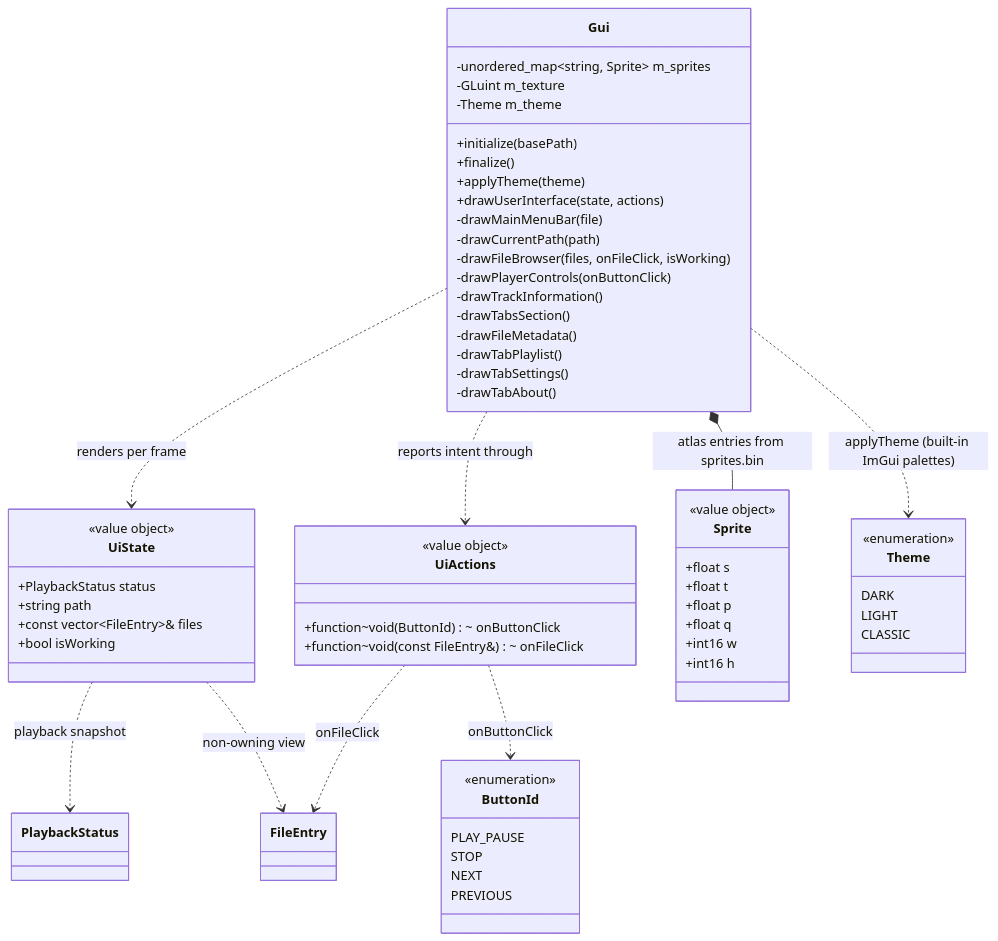
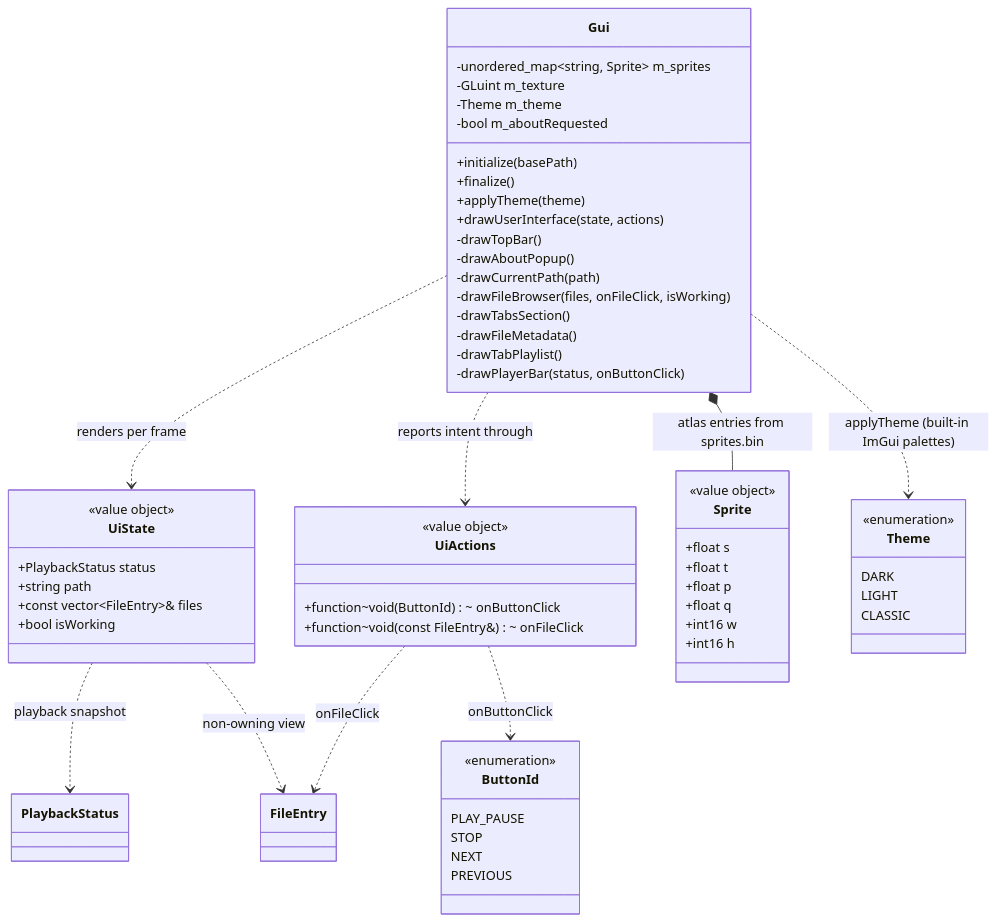
Before and after one commit to notnotme/osp2: the diagram in docs/ui.md, drawn with Mermaid. The commit also changed other lines of this file and 6 other files, not shown here.

First line of the commit message:
feat: restructure UI into top bar, panes and player bar (TODO_3 chunk 3c)

````diff
--- a/docs/ui.md
+++ b/docs/ui.md
@@ -5,70 +5,69 @@
 ```mermaid
 classDiagram
     class Gui {
         -unordered_map~string, Sprite~ m_sprites
         -GLuint m_texture
         -Theme m_theme
+        -bool m_aboutRequested
         +initialize(basePath)
         +finalize()
         +applyTheme(theme)
         +drawUserInterface(state, actions)
-        -drawMainMenuBar(file)
+        -drawTopBar()
+        -drawAboutPopup()
         -drawCurrentPath(path)
         -drawFileBrowser(files, onFileClick, isWorking)
-        -drawPlayerControls(onButtonClick)
-        -drawTrackInformation()
         -drawTabsSection()
         -drawFileMetadata()
         -drawTabPlaylist()
-        -drawTabSettings()
-        -drawTabAbout()
+        -drawPlayerBar(status, onButtonClick)
     }
 
     class UiState {
         <<value object>>
         +PlaybackStatus status
         +string path
         +const vector~FileEntry~& files
         +bool isWorking
     }
 
     class UiActions {
         <<value object>>
         +function~void(ButtonId)~ onButtonClick
         +function~void(const FileEntry&)~ onFileClick
     }
 
     class Sprite {
         <<value object>>
         +float s
         +float t
         +float p
         +float q
         +int16 w
         +int16 h
     }
 
     class ButtonId {
         <<enumeration>>
         PLAY_PAUSE
         STOP
         NEXT
         PREVIOUS
     }
 
     class Theme {
         <<enumeration>>
         DARK
         LIGHT
         CLASSIC
     }
 
     Gui *-- Sprite : atlas entries from sprites.bin
     Gui ..> Theme : applyTheme (built-in ImGui palettes)
     Gui ..> UiState : renders per frame
     Gui ..> UiActions : reports intent through
     UiState ..> PlaybackStatus : playback snapshot
     UiState ..> FileEntry : non-owning view
     UiActions ..> ButtonId : onButtonClick
     UiActions ..> FileEntry : onFileClick
 ```
````
